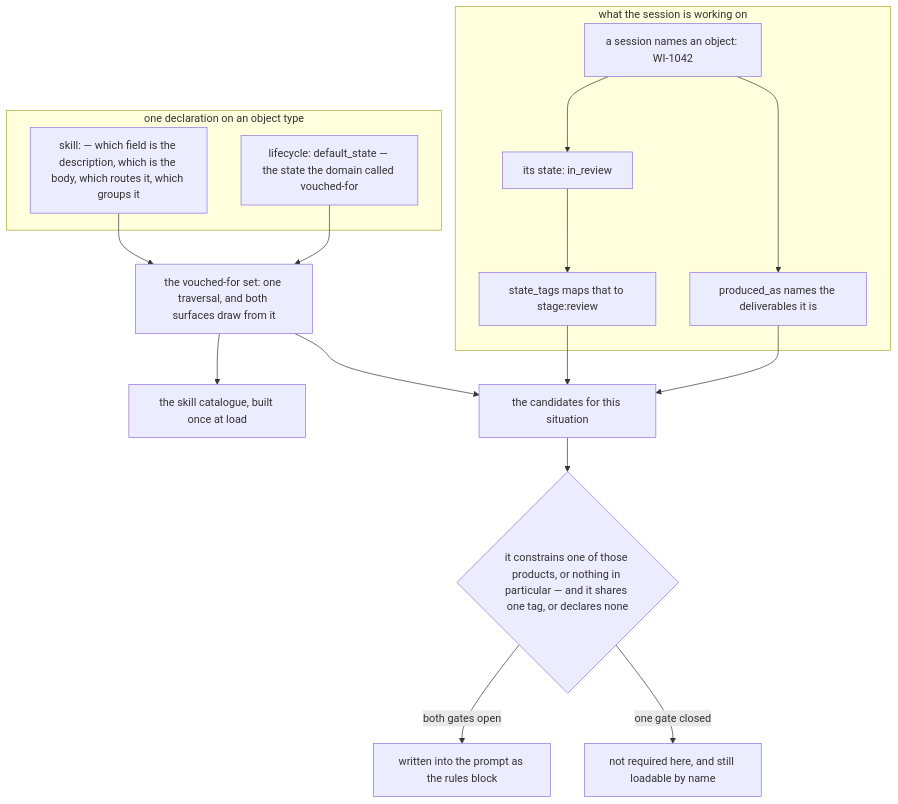
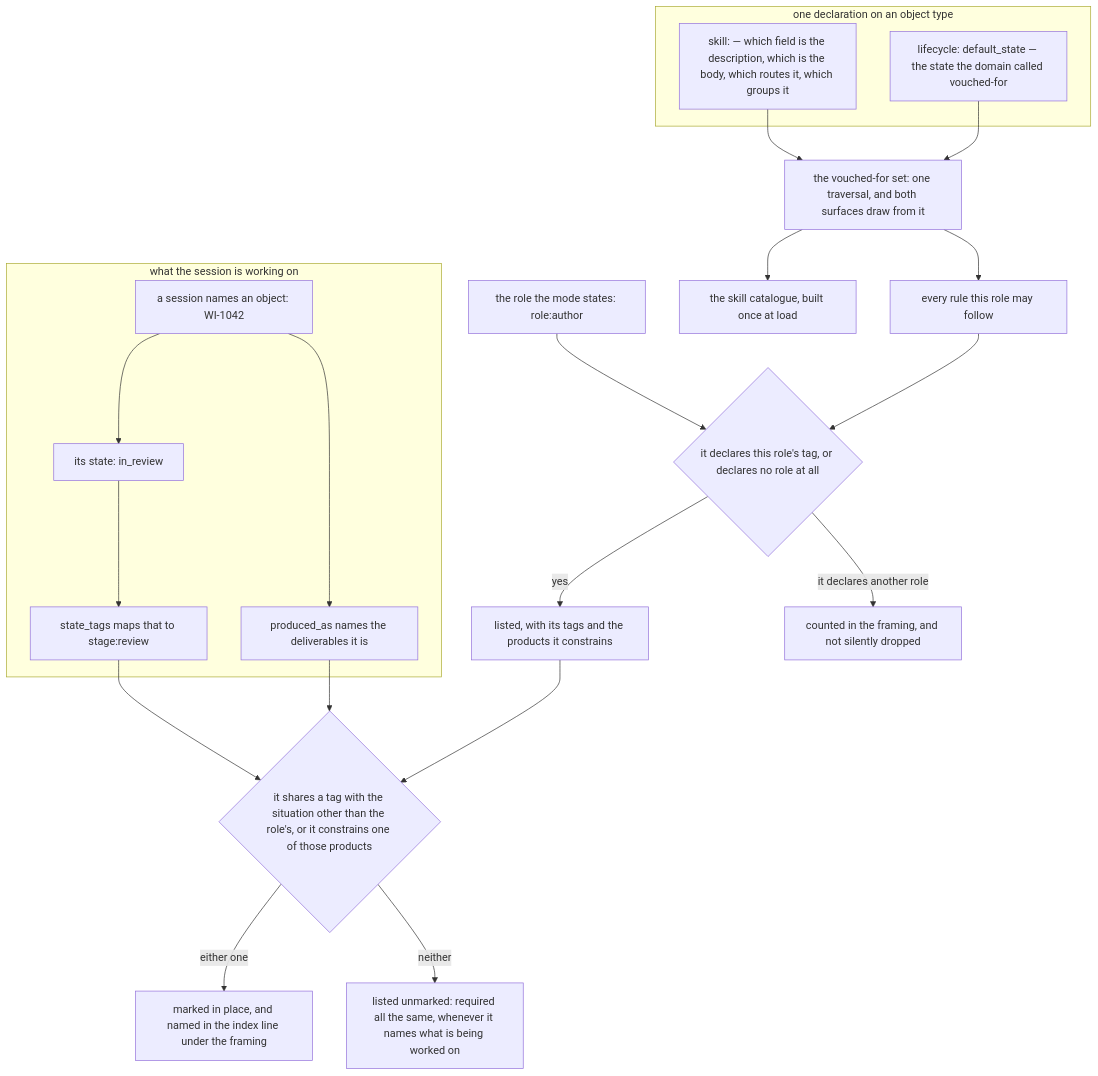
Before and after one commit to zhangcun1995521/deepwork: the third of 4 diagrams in docs/architecture.md, drawn with Mermaid. The commit also changed other lines of this file and 11 other files, not shown here.

````diff
--- a/docs/architecture.md
+++ b/docs/architecture.md
@@ -222,29 +222,34 @@
 ```mermaid
 flowchart TB
   subgraph declared["one declaration on an object type"]
     skill["skill: — which field is the description, which is the body, which routes it, which groups it"]
     life["lifecycle: default_state — the state the domain called vouched-for"]
   end
 
   vouched["the vouched-for set: one traversal, and both surfaces draw from it"]
   skill --> vouched
   life --> vouched
   vouched --> catalog["the skill catalogue, built once at load"]
-  vouched --> pool["the candidates for this situation"]
+  vouched --> pool["every rule this role may follow"]
 
   subgraph session["what the session is working on"]
     named["a session names an object: WI-1042"]
     state["its state: in_review"]
     tag["state_tags maps that to stage:review"]
     product["produced_as names the deliverables it is"]
     named --> state
     state --> tag
     named --> product
   end
 
-  tag --> pool
-  product --> pool
-  pool --> gates{"it constrains one of those products, or nothing in particular — and it shares one tag, or declares none"}
-  gates -->|"both gates open"| injected["written into the prompt as the rules block"]
-  gates -->|"one gate closed"| held["not required here, and still loadable by name"]
+  statedRole["the role the mode states: role:author"]
+  pool --> roleGate{"it declares this role's tag, or declares no role at all"}
+  statedRole --> roleGate
+  roleGate -->|"yes"| listed["listed, with its tags and the products it constrains"]
+  roleGate -->|"it declares another role"| other["counted in the framing, and not silently dropped"]
+  listed --> mark{"it shares a tag with the situation other than the role's, or it constrains one of those products"}
+  tag --> mark
+  product --> mark
+  mark -->|"either one"| marked["marked in place, and named in the index line under the framing"]
+  mark -->|"neither"| unmarked["listed unmarked: required all the same, whenever it names what is being worked on"]
 ```
````
